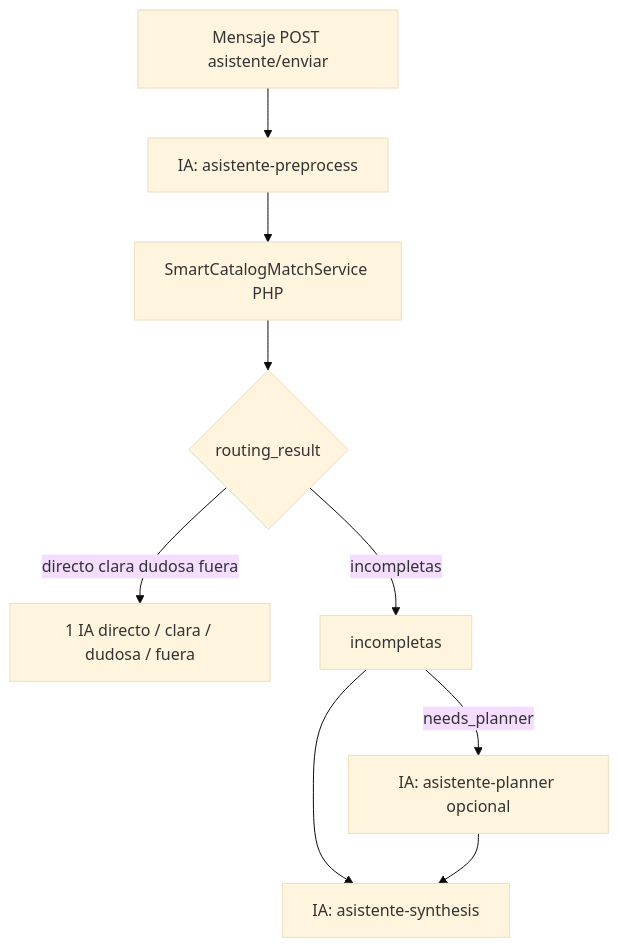
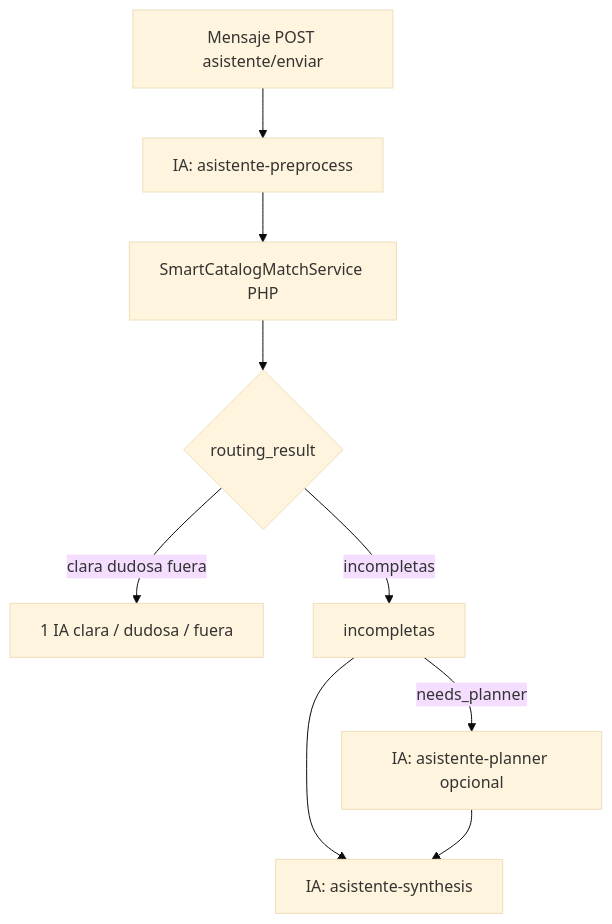
Before and after one commit to luischanferoni/bioenlace: the first of 2 diagrams in web/docs/costos/estrategias-reduccion/matriz-casos-uso.md, drawn with Mermaid (base theme). The commit also changed other lines of this file and 25 other files, not shown here.

````diff
--- a/web/docs/costos/estrategias-reduccion/matriz-casos-uso.md
+++ b/web/docs/costos/estrategias-reduccion/matriz-casos-uso.md
@@ -26,15 +26,15 @@
 ```mermaid
 flowchart TB
   M[Mensaje POST asistente/enviar]
   P[IA: asistente-preprocess]
   MCH[SmartCatalogMatchService PHP]
   H{routing_result}
-  D[1 IA directo / clara / dudosa / fuera]
+  D[1 IA clara / dudosa / fuera]
   INC[incompletas]
   SYN[IA: asistente-synthesis]
   PLN[IA: asistente-planner opcional]
   M --> P --> MCH --> H
-  H -->|directo clara dudosa fuera| D
+  H -->|clara dudosa fuera| D
   H -->|incompletas| INC --> SYN
   INC -->|needs_planner| PLN --> SYN
 ```
````
